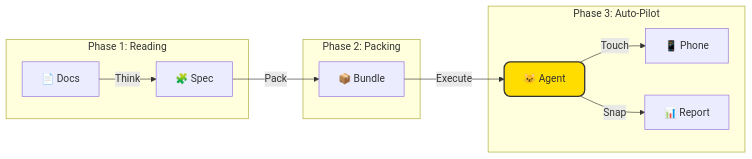
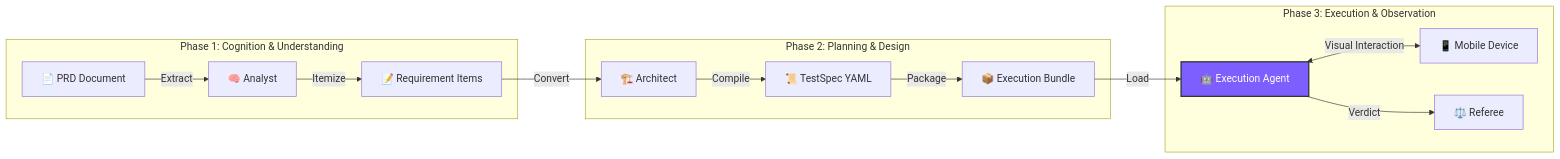
One commit to Yell0wMe/TesterAgent changed the diagram in README.en.md. Above: the diagram before and after it, drawn with Mermaid. The commit also changed other lines of this file and 13 other files, not shown here.

````diff
--- a/README.en.md
+++ b/README.en.md
@@ -67,18 +60,21 @@
 ```mermaid
 graph LR
-    subgraph "Phase 1: Reading"
-    Doc[📄 Docs] -->|Think| Build[🧩 Spec]
+    subgraph "Phase 1: Cognition & Understanding"
+    Doc[📄 PRD Document] -->|Extract| Miner[🧠 Analyst]
+    Miner -->|Itemize| Reqs[📝 Requirement Items]
     end
 
-    subgraph "Phase 2: Packing"
-    Build -->|Pack| Bundle[📦 Bundle]
+    subgraph "Phase 2: Planning & Design"
+    Reqs -->|Convert| Synthesizer[🏗️ Architect]
+    Synthesizer -->|Compile| Spec[📜 TestSpec YAML]
+    Spec -->|Package| Bundle[📦 Execution Bundle]
     end
 
-    subgraph "Phase 3: Auto-Pilot"
-    Bundle -->|Execute| Cat[🐱 Agent]
-    Cat -->|Touch| Phone[📱 Phone]
-    Cat -->|Snap| Report[📊 Report]
+    subgraph "Phase 3: Execution & Observation"
+    Bundle -->|Load| Runner[🤖 Execution Agent]
+    Runner <-->|Visual Interaction| Phone[📱 Mobile Device]
+    Runner -->|Verdict| Judge[⚖️ Referee]
     end
 
-    style Cat fill:#ffdd00,stroke:#333,stroke-width:2px,rx:10,ry:10
+    style Runner fill:#7d5fff,stroke:#333,stroke-width:2px,color:white
 ```
````
